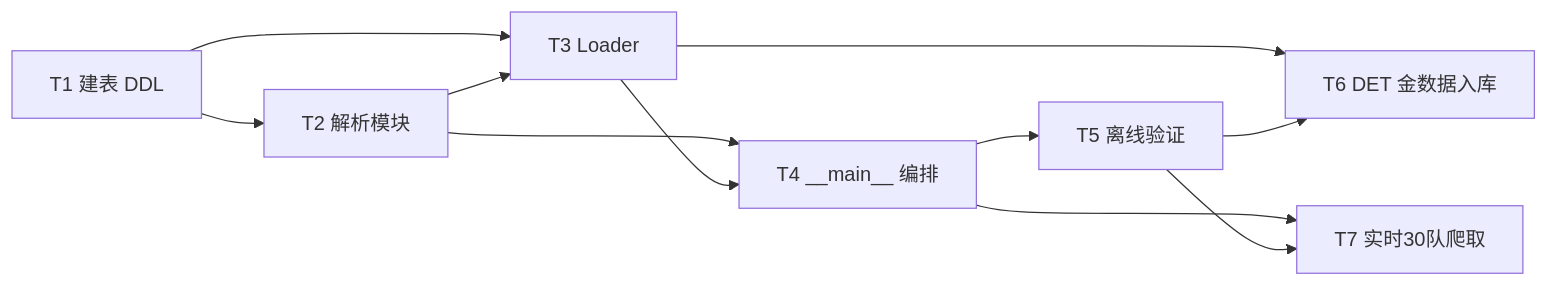
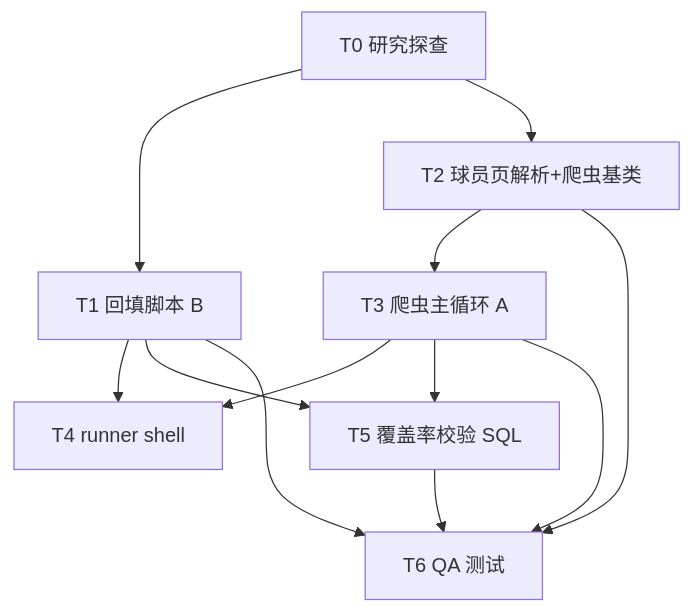
The fourth of 4 diagrams in docs/system_design.md (deocheng/nba_desktop_omega), drawn with Mermaid before and after one commit. The commit also changed other lines of this file and 111 other files, not shown here.

````diff
--- a/docs/system_design.md
+++ b/docs/system_design.md
@@ -232,13 +251,14 @@
 ```mermaid
-graph LR
-    T1[T1 建表 DDL] --> T2[T2 解析模块]
-    T1 --> T3[T3 Loader]
-    T2 --> T3
-    T2 --> T4[T4 __main__ 编排]
+graph TD
+    T0[T0 研究探查] --> T1[T1 回填脚本 B]
+    T0 --> T2[T2 球员页解析+爬虫基类]
+    T1 --> T4[T4 runner shell]
+    T2 --> T3[T3 爬虫主循环 A]
     T3 --> T4
-    T4 --> T5[T5 离线验证]
-    T3 --> T6[T6 DET 金数据入库]
+    T1 --> T5[T5 覆盖率校验 SQL]
+    T3 --> T5
+    T1 --> T6[T6 QA 测试]
+    T2 --> T6
+    T3 --> T6
     T5 --> T6
-    T4 --> T7[T7 实时30队爬取]
-    T5 --> T7
 ```
````
